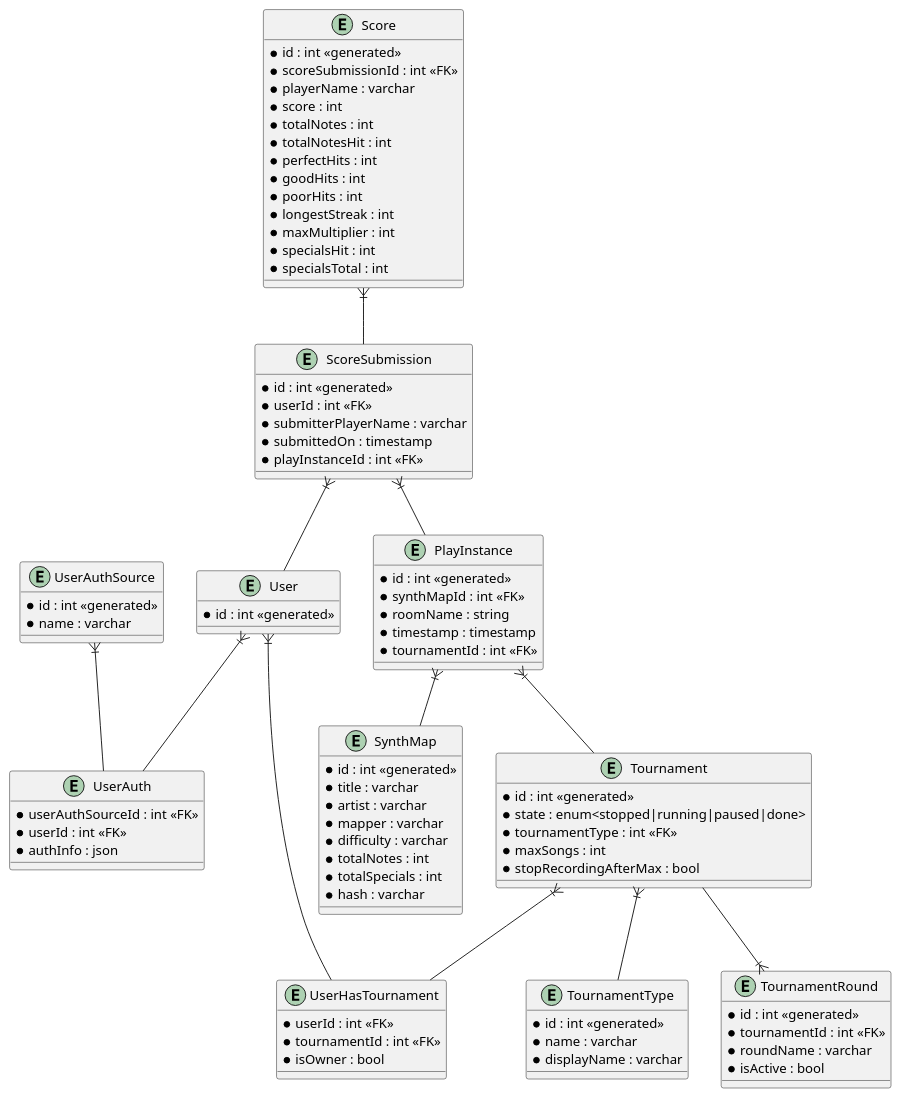
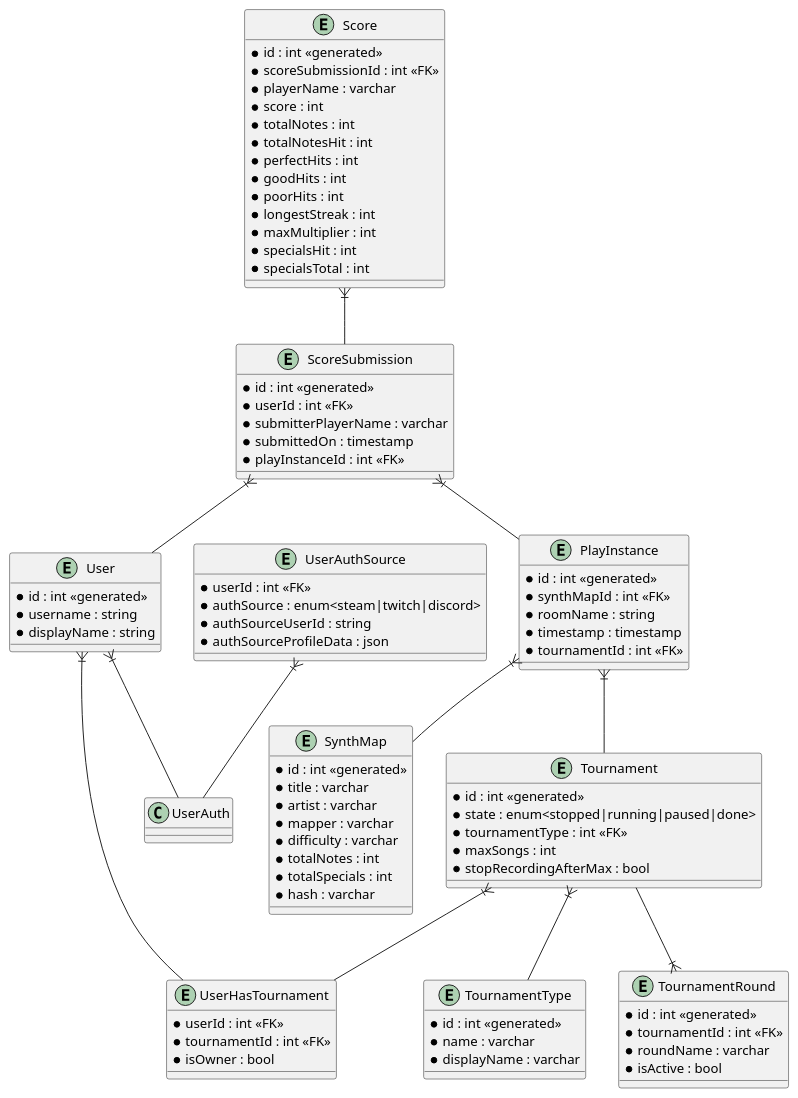
Before and after one commit to steglasaurous/synth-tourney: the first of 2 diagrams in docs/erd.puml, drawn with PlantUML.

```diff
--- a/docs/erd.puml
+++ b/docs/erd.puml
@@ -1,101 +1,99 @@
 @startuml Future state
     entity User {
         * id : int <<generated>>
-    }
-
-    entity UserAuth {
-        * userAuthSourceId : int <<FK>>
-        * userId : int <<FK>>
-        * authInfo : json
+        * username : string
+        * displayName : string
     }
 
     entity UserAuthSource {
-        * id : int <<generated>>
-        * name : varchar
+        * userId : int <<FK>>
+        * authSource : enum<steam|twitch|discord>
+        * authSourceUserId : string
+        * authSourceProfileData : json
     }
 
     entity SynthMap {
         * id : int <<generated>>
         * title : varchar
         * artist : varchar
         * mapper : varchar
         * difficulty : varchar
         * totalNotes : int
         * totalSpecials : int
         * hash : varchar
     }
 
     entity Tournament {
         * id : int <<generated>>
         * state : enum<stopped|running|paused|done>
         * tournamentType : int <<FK>>
         * maxSongs : int
         * stopRecordingAfterMax : bool
     }
 
     entity UserHasTournament {
         * userId : int <<FK>>
         * tournamentId : int <<FK>>
         * isOwner : bool
     }
 
     entity TournamentType {
         * id : int <<generated>>
         * name : varchar
         * displayName : varchar
     }
 
     entity TournamentRound {
         * id : int <<generated>>
         * tournamentId : int <<FK>>
         * roundName : varchar
         * isActive : bool
     }
 
     entity PlayInstance {
         * id : int <<generated>>
         * synthMapId : int <<FK>>
         * roomName : string
         * timestamp : timestamp
         * tournamentId : int <<FK>>
     }
 
     entity ScoreSubmission {
         * id : int <<generated>>
         * userId : int <<FK>>
         * submitterPlayerName : varchar
         * submittedOn : timestamp
         * playInstanceId : int <<FK>>
     }
 
     entity Score {
         * id : int <<generated>>
         * scoreSubmissionId : int <<FK>>
         * playerName : varchar
         * score : int
         * totalNotes : int
         * totalNotesHit : int
         * perfectHits : int
         * goodHits : int
         * poorHits : int
         * longestStreak : int
         * maxMultiplier : int
         * specialsHit : int
         * specialsTotal : int
     }
 
     UserAuthSource }|-- UserAuth
     User }|-- UserAuth
 
     Score }|-- ScoreSubmission
     ScoreSubmission }|-- PlayInstance
     ScoreSubmission }|-- User
     PlayInstance }|-- SynthMap
     PlayInstance }|-- Tournament
     Tournament }|-- TournamentType
 '    Tournament }|-- User
     Tournament }|-- UserHasTournament
     User }|-- UserHasTournament
     Tournament --|{ TournamentRound
 
 @enduml
```
